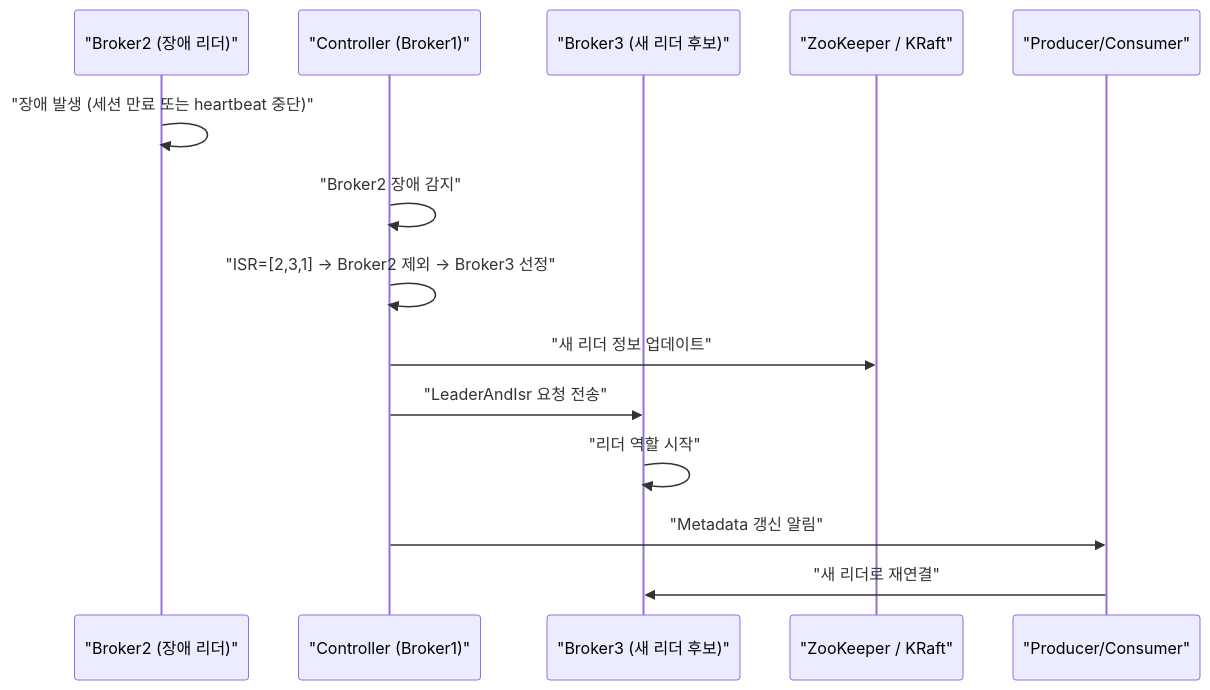
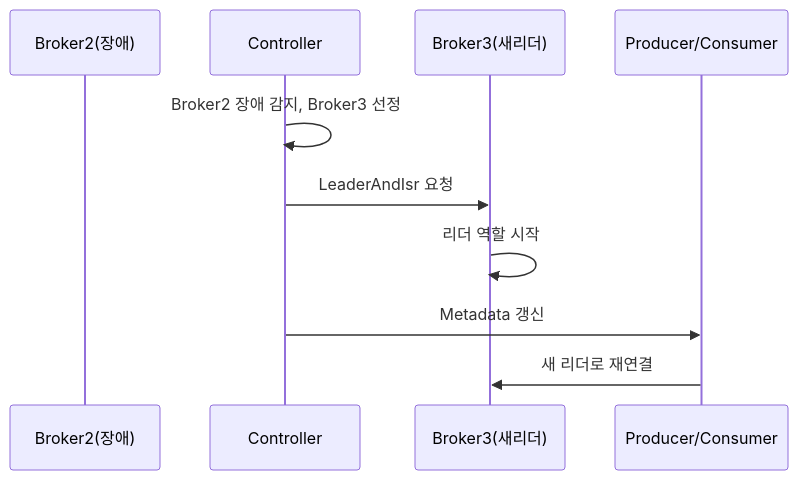
The fourth of 8 diagrams in _posts/kafka/2026-05-01-kafka-broker-deep.md (yjkim2015/yjkim2015.github.io), drawn with Mermaid before and after one commit. The commit also changed other lines of this file and 215 other files, not shown here.

First line of the commit message:
신규 포스트 10개 추가 + Mermaid 전면 축소 + SystemDesign 시리즈 보강

````diff
--- a/_posts/kafka/2026-05-01-kafka-broker-deep.md
+++ b/_posts/kafka/2026-05-01-kafka-broker-deep.md
@@ -181,17 +154,12 @@
 ```mermaid
 sequenceDiagram
-    participant B2 as "Broker2 (장애 리더)"
-    participant C as "Controller (Broker1)"
-    participant B3 as "Broker3 (새 리더 후보)"
-    participant ZK as "ZooKeeper / KRaft"
-    participant PC as "Producer/Consumer"
-
-    B2 ->> B2: "장애 발생 (세션 만료 또는 heartbeat 중단)"
-    C ->> C: "Broker2 장애 감지"
-    C ->> C: "ISR=[2,3,1] → Broker2 제외 → Broker3 선정"
-    C ->> ZK: "새 리더 정보 업데이트"
-    C ->> B3: "LeaderAndIsr 요청 전송"
-    B3 ->> B3: "리더 역할 시작"
-    C ->> PC: "Metadata 갱신 알림"
-    PC ->> B3: "새 리더로 재연결"
+    participant B2 as Broker2(장애)
+    participant C as Controller
+    participant B3 as Broker3(새리더)
+    participant PC as Producer/Consumer
+    C->>C: Broker2 장애 감지, Broker3 선정
+    C->>B3: LeaderAndIsr 요청
+    B3->>B3: 리더 역할 시작
+    C->>PC: Metadata 갱신
+    PC->>B3: 새 리더로 재연결
 ```
````
